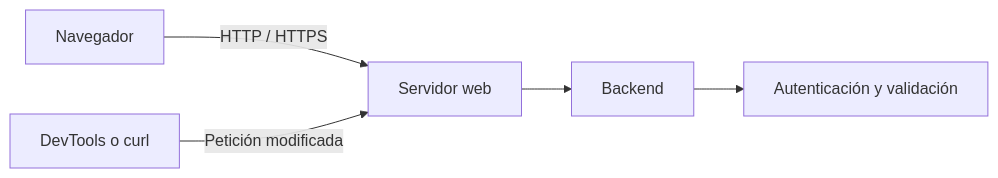
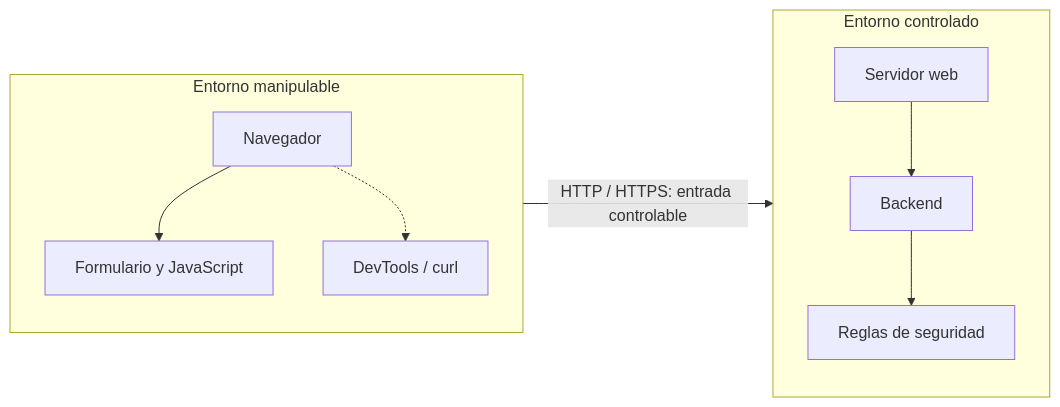
Before and after one commit to purpesec/Cybersecurity-For-Beginners: the second of 9 diagrams in pentesting-web/01-fundamentos-web-y-http/README.md, drawn with Mermaid. The commit also changed other lines of this file and 1 other file, not shown here.

Commit message:
docs: restore untouched diagrams and keep only the two diagram fixes

````diff
--- a/pentesting-web/01-fundamentos-web-y-http/README.md
+++ b/pentesting-web/01-fundamentos-web-y-http/README.md
@@ -52,7 +52,19 @@
 ```mermaid
 flowchart LR
-    B[Navegador] -->|HTTP / HTTPS| W[Servidor web]
-    T[DevTools o curl] -->|Petición modificada| W
-    W --> A[Backend]
-    A --> R[Autenticación y validación]
+    subgraph CLIENTE["Entorno manipulable"]
+        B[Navegador]
+        F[Formulario y JavaScript]
+        T[DevTools / curl]
+        B --> F
+        B -.-> T
+    end
+
+    subgraph SERVIDOR["Entorno controlado"]
+        W[Servidor web]
+        A[Backend]
+        R[Reglas de seguridad]
+        W --> A --> R
+    end
+
+    CLIENTE -->|HTTP / HTTPS: entrada controlable| SERVIDOR
 ```
````
